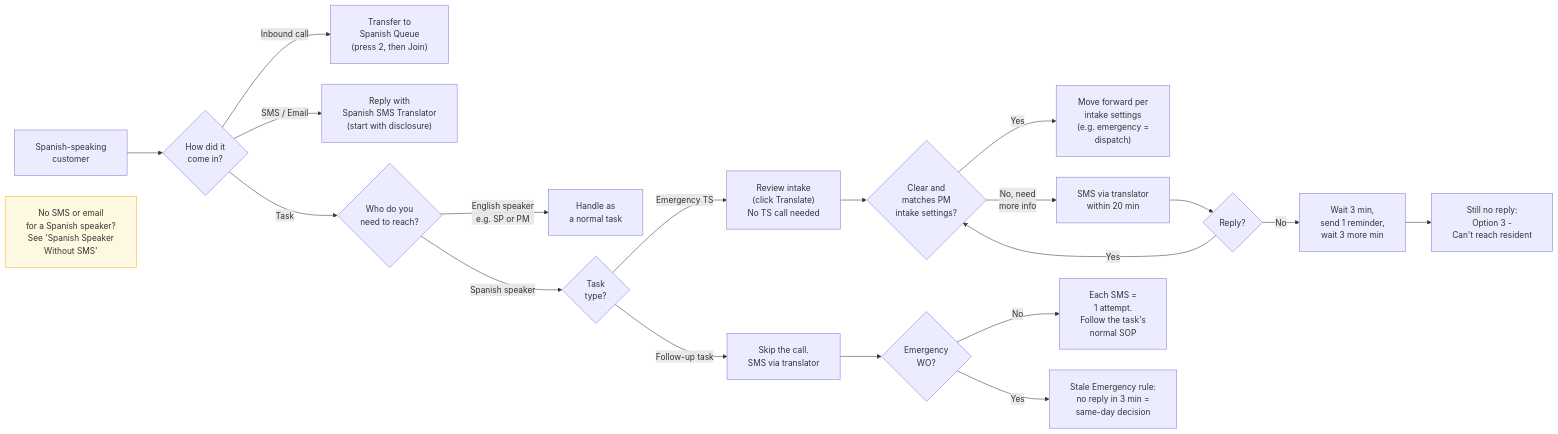
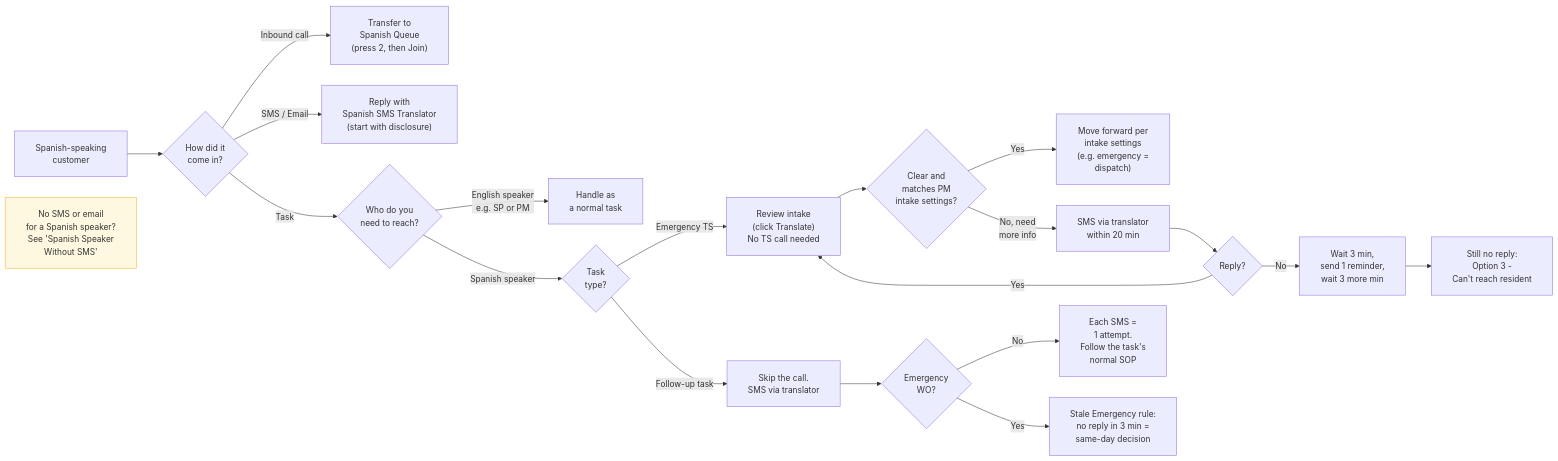
Before and after one commit to LatchelEngineering/mintlify: the diagram in latchel-admin/Service-Operations/Production-Documentation/How-to-Handle-Spanish-SMS-Emails-Calls.mdx, drawn with Mermaid.

Commit message:
Update How to: Handle Spanish SMS/Emails/Calls
- Updated latchel-admin/Service-Operations/Production-Documentation/How-to-Handle-Spanish-SMS-Emails-Calls.mdx

Mintlify-Source: dashboard-editor

````diff
--- a/latchel-admin/Service-Operations/Production-Documentation/How-to-Handle-Spanish-SMS-Emails-Calls.mdx
+++ b/latchel-admin/Service-Operations/Production-Documentation/How-to-Handle-Spanish-SMS-Emails-Calls.mdx
@@ -15,29 +15,29 @@
 ```mermaid
 %%{init: {"flowchart": {"padding": 20, "nodeSpacing": 40, "rankSpacing": 50}}}%%
 flowchart LR
     A["Spanish-speaking<br/>customer"] --> B{"How did it<br/>come in?"}
 
     B -->|Inbound call| C["Transfer to<br/>Spanish Queue<br/>(press 2, then Join)"]
     B -->|SMS / Email| D["Reply with<br/>Spanish SMS Translator<br/>(start with disclosure)"]
     B -->|Task| E{"Who do you<br/>need to reach?"}
 
     E -->|English speaker<br/>e.g. SP or PM| F["Handle as<br/>a normal task"]
     E -->|Spanish speaker| I{"Task<br/>type?"}
 
     I -->|Emergency TS| J["Review intake<br/>(click Translate)<br/>No TS call needed"]
     J --> K{"Clear and<br/>matches PM<br/>intake settings?"}
     K -->|Yes| L["Move forward per<br/>intake settings<br/>(e.g. emergency =<br/>dispatch)"]
     K -->|No, need<br/>more info| M["SMS via translator<br/>within 20 min"]
     M --> N{"Reply?"}
-    N -->|Yes| K
+    N -->|Yes| J
     N -->|No| O["Wait 3 min,<br/>send 1 reminder,<br/>wait 3 more min"]
     O --> P["Still no reply:<br/>Option 3 -<br/>Can't reach resident"]
 
     I -->|Follow-up task| Q["Skip the call.<br/>SMS via translator"]
     Q --> R{"Emergency<br/>WO?"}
     R -->|No| S["Each SMS =<br/>1 attempt.<br/>Follow the task's<br/>normal SOP"]
     R -->|Yes| T["Stale Emergency rule:<br/>no reply in 3 min =<br/>same-day decision"]
 
     Z["No SMS or email<br/>for a Spanish speaker?<br/>See 'Spanish Speaker<br/>Without SMS'"]
     style Z fill:#fff8e1,stroke:#f0b429
 ```
````
